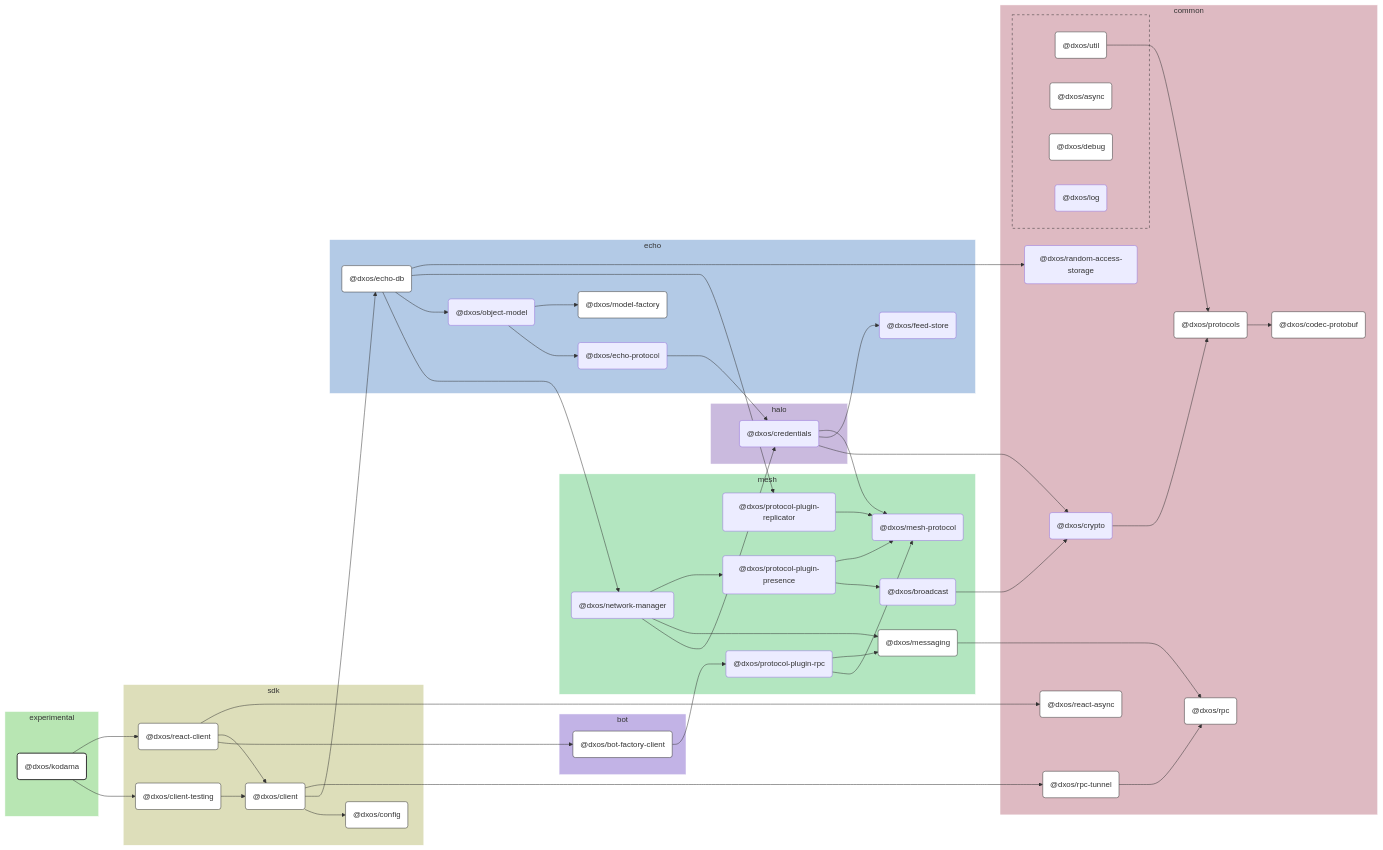
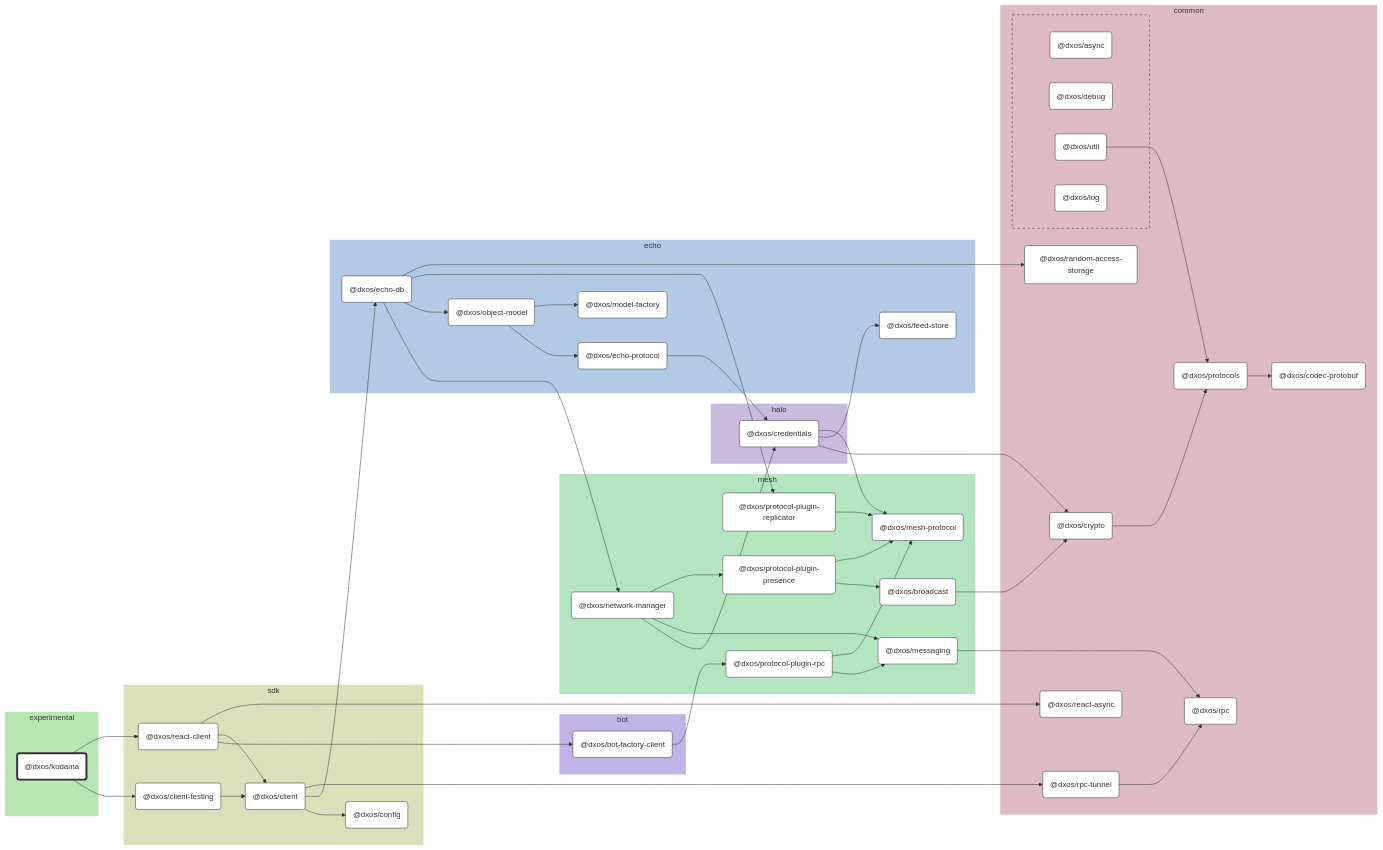
One commit to dxos/dxos changed the diagram in apps/experimental/kodama/docs/README.md. Above: the diagram before and after it, drawn with Mermaid. The commit also changed other lines of this file and 104 other files, not shown here.

````diff
--- a/apps/experimental/kodama/docs/README.md
+++ b/apps/experimental/kodama/docs/README.md
@@ -9,153 +9,138 @@
 
 flowchart LR
 
-%% Links
-dxos/bot-factory-client --> dxos/protocol-plugin-rpc;
-dxos/broadcast --> dxos/crypto;
-dxos/client --> dxos/config;
-dxos/client --> dxos/echo-db;
-dxos/client --> dxos/rpc-tunnel;
-dxos/client-testing --> dxos/client;
-dxos/credentials --> dxos/crypto;
-dxos/credentials --> dxos/feed-store;
-dxos/credentials --> dxos/mesh-protocol;
-dxos/crypto --> dxos/protocols;
-dxos/echo-db --> dxos/network-manager;
-dxos/echo-db --> dxos/object-model;
-dxos/echo-db --> dxos/protocol-plugin-replicator;
-dxos/echo-db --> dxos/random-access-storage;
-dxos/echo-protocol --> dxos/credentials;
-dxos/kodama --> dxos/client-testing;
-dxos/kodama --> dxos/react-client;
-dxos/messaging --> dxos/rpc;
-dxos/network-manager --> dxos/credentials;
-dxos/network-manager --> dxos/messaging;
-dxos/network-manager --> dxos/protocol-plugin-presence;
-dxos/object-model --> dxos/echo-protocol;
-dxos/object-model --> dxos/model-factory;
-dxos/protocol-plugin-presence --> dxos/broadcast;
-dxos/protocol-plugin-presence --> dxos/mesh-protocol;
-dxos/protocol-plugin-replicator --> dxos/mesh-protocol;
-dxos/protocol-plugin-rpc --> dxos/mesh-protocol;
-dxos/protocol-plugin-rpc --> dxos/messaging;
-dxos/protocols --> dxos/codec-protobuf;
-dxos/react-client --> dxos/bot-factory-client;
-dxos/react-client --> dxos/client;
-dxos/react-client --> dxos/react-async;
-dxos/rpc-tunnel --> dxos/rpc;
-dxos/util --> dxos/protocols;
+%% Classes
+classDef def fill:#fff,stroke:#333,stroke-width:1px
+classDef root fill:#fff,stroke:#333,stroke-width:4px
 
-%% Sections
-subgraph experimental
-  style experimental fill:#b8e6b3,stroke:#fff;
+%% Nodes
 
-  dxos/kodama("@dxos/kodama")
+subgraph experimental [experimental]
+  style experimental fill:#b8e6b3,stroke:#fff
+  dxos/kodama("@dxos/kodama"):::root
+  click dxos/kodama "dxos/dxos/tree/main/apps/experimental/kodama/docs"
 end
 
-subgraph common
-  style common fill:#debac2,stroke:#fff;
-
-  dxos/codec-protobuf("@dxos/codec-protobuf")
-  dxos/crypto("@dxos/crypto")
-  dxos/protocols("@dxos/protocols")
-  dxos/random-access-storage("@dxos/random-access-storage")
-  dxos/react-async("@dxos/react-async")
-  dxos/rpc("@dxos/rpc")
-  dxos/rpc-tunnel("@dxos/rpc-tunnel")
+subgraph common [common]
+  style common fill:#debac2,stroke:#fff
+  dxos/codec-protobuf("@dxos/codec-protobuf"):::def
+  click dxos/codec-protobuf "dxos/dxos/tree/main/packages/common/codec-protobuf/docs"
+  dxos/protocols("@dxos/protocols"):::def
+  click dxos/protocols "dxos/dxos/tree/main/packages/common/protocols/docs"
+  dxos/crypto("@dxos/crypto"):::def
+  click dxos/crypto "dxos/dxos/tree/main/packages/common/crypto/docs"
+  dxos/rpc("@dxos/rpc"):::def
+  click dxos/rpc "dxos/dxos/tree/main/packages/common/rpc/docs"
+  dxos/random-access-storage("@dxos/random-access-storage"):::def
+  click dxos/random-access-storage "dxos/dxos/tree/main/packages/common/random-access-storage/docs"
+  dxos/rpc-tunnel("@dxos/rpc-tunnel"):::def
+  click dxos/rpc-tunnel "dxos/dxos/tree/main/packages/common/rpc-tunnel/docs"
+  dxos/react-async("@dxos/react-async"):::def
+  click dxos/react-async "dxos/dxos/tree/main/packages/common/react-async/docs"
 
   subgraph common-excluded [ ]
-    style common-excluded fill:#debac2,stroke:#333,stroke-dasharray:5 5;
-
-    dxos/async("@dxos/async")
-    dxos/debug("@dxos/debug")
-    dxos/log("@dxos/log")
-    dxos/util("@dxos/util")
+    style common-excluded fill:#debac2,stroke:#333,stroke-dasharray:5 5
+    dxos/async("@dxos/async"):::def
+    click dxos/async "dxos/dxos/tree/main/packages/common/async/docs"
+    dxos/debug("@dxos/debug"):::def
+    click dxos/debug "dxos/dxos/tree/main/packages/common/debug/docs"
+    dxos/util("@dxos/util"):::def
+    click dxos/util "dxos/dxos/tree/main/packages/common/util/docs"
+    dxos/log("@dxos/log"):::def
+    click dxos/log "dxos/dxos/tree/main/packages/common/log/docs"
   end
 end
 
-subgraph sdk
-  style sdk fill:#dddeba,stroke:#fff;
-
-  dxos/client("@dxos/client")
-  dxos/client-testing("@dxos/client-testing")
-  dxos/config("@dxos/config")
-  dxos/react-client("@dxos/react-client")
+subgraph sdk [sdk]
+  style sdk fill:#dddeba,stroke:#fff
+  dxos/client("@dxos/client"):::def
+  click dxos/client "dxos/dxos/tree/main/packages/sdk/client/docs"
+  dxos/config("@dxos/config"):::def
+  click dxos/config "dxos/dxos/tree/main/packages/sdk/config/docs"
+  dxos/client-testing("@dxos/client-testing"):::def
+  click dxos/client-testing "dxos/dxos/tree/main/packages/sdk/client-testing/docs"
+  dxos/react-client("@dxos/react-client"):::def
+  click dxos/react-client "dxos/dxos/tree/main/packages/sdk/react-client/docs"
 end
 
-subgraph echo
-  style echo fill:#b3cae6,stroke:#fff;
-
-  dxos/echo-db("@dxos/echo-db")
-  dxos/echo-protocol("@dxos/echo-protocol")
-  dxos/feed-store("@dxos/feed-store")
-  dxos/model-factory("@dxos/model-factory")
-  dxos/object-model("@dxos/object-model")
+subgraph echo [echo]
+  style echo fill:#b3cae6,stroke:#fff
+  dxos/echo-db("@dxos/echo-db"):::def
+  click dxos/echo-db "dxos/dxos/tree/main/packages/echo/echo-db/docs"
+  dxos/feed-store("@dxos/feed-store"):::def
+  click dxos/feed-store "dxos/dxos/tree/main/packages/echo/feed-store/docs"
+  dxos/echo-protocol("@dxos/echo-protocol"):::def
+  click dxos/echo-protocol "dxos/dxos/tree/main/packages/echo/echo-protocol/docs"
+  dxos/model-factory("@dxos/model-factory"):::def
+  click dxos/model-factory "dxos/dxos/tree/main/packages/echo/model-factory/docs"
+  dxos/object-model("@dxos/object-model"):::def
+  click dxos/object-model "dxos/dxos/tree/main/packages/echo/object-model/docs"
 end
 
-subgraph halo
-  style halo fill:#cabade,stroke:#fff;
-
-  dxos/credentials("@dxos/credentials")
+subgraph halo [halo]
+  style halo fill:#cabade,stroke:#fff
+  dxos/credentials("@dxos/credentials"):::def
+  click dxos/credentials "dxos/dxos/tree/main/packages/halo/credentials/docs"
 end
 
-subgraph mesh
-  style mesh fill:#b3e6c0,stroke:#fff;
-
-  dxos/broadcast("@dxos/broadcast")
-  dxos/mesh-protocol("@dxos/mesh-protocol")
-  dxos/messaging("@dxos/messaging")
-  dxos/network-manager("@dxos/network-manager")
-  dxos/protocol-plugin-presence("@dxos/protocol-plugin-presence")
-  dxos/protocol-plugin-replicator("@dxos/protocol-plugin-replicator")
-  dxos/protocol-plugin-rpc("@dxos/protocol-plugin-rpc")
+subgraph mesh [mesh]
+  style mesh fill:#b3e6c0,stroke:#fff
+  dxos/mesh-protocol("@dxos/mesh-protocol"):::def
+  click dxos/mesh-protocol "dxos/dxos/tree/main/packages/mesh/mesh-protocol/docs"
+  dxos/messaging("@dxos/messaging"):::def
+  click dxos/messaging "dxos/dxos/tree/main/packages/mesh/messaging/docs"
+  dxos/network-manager("@dxos/network-manager"):::def
+  click dxos/network-manager "dxos/dxos/tree/main/packages/mesh/network-manager/docs"
+  dxos/protocol-plugin-presence("@dxos/protocol-plugin-presence"):::def
+  click dxos/protocol-plugin-presence "dxos/dxos/tree/main/packages/mesh/protocol-plugin-presence/docs"
+  dxos/broadcast("@dxos/broadcast"):::def
+  click dxos/broadcast "dxos/dxos/tree/main/packages/mesh/broadcast/docs"
+  dxos/protocol-plugin-replicator("@dxos/protocol-plugin-replicator"):::def
+  click dxos/protocol-plugin-replicator "dxos/dxos/tree/main/packages/mesh/protocol-plugin-replicator/docs"
+  dxos/protocol-plugin-rpc("@dxos/protocol-plugin-rpc"):::def
+  click dxos/protocol-plugin-rpc "dxos/dxos/tree/main/packages/mesh/protocol-plugin-rpc/docs"
 end
 
-subgraph bot
-  style bot fill:#c2b3e6,stroke:#fff;
-
-  dxos/bot-factory-client("@dxos/bot-factory-client")
+subgraph bot [bot]
+  style bot fill:#c2b3e6,stroke:#fff
+  dxos/bot-factory-client("@dxos/bot-factory-client"):::def
+  click dxos/bot-factory-client "dxos/dxos/tree/main/packages/bot/bot-factory-client/docs"
 end
 
-
-%% Hyperlinks
-click dxos/async "dxos/dxos/tree/main/packages/common/async/docs";
-click dxos/bot-factory-client "dxos/dxos/tree/main/packages/bot/bot-factory-client/docs";
-click dxos/client "dxos/dxos/tree/main/packages/sdk/client/docs";
-click dxos/client-testing "dxos/dxos/tree/main/packages/sdk/client-testing/docs";
-click dxos/codec-protobuf "dxos/dxos/tree/main/packages/common/codec-protobuf/docs";
-click dxos/config "dxos/dxos/tree/main/packages/sdk/config/docs";
-click dxos/debug "dxos/dxos/tree/main/packages/common/debug/docs";
-click dxos/echo-db "dxos/dxos/tree/main/packages/echo/echo-db/docs";
-click dxos/messaging "dxos/dxos/tree/main/packages/mesh/messaging/docs";
-click dxos/model-factory "dxos/dxos/tree/main/packages/echo/model-factory/docs";
-click dxos/protocols "dxos/dxos/tree/main/packages/common/protocols/docs";
-click dxos/react-async "dxos/dxos/tree/main/packages/common/react-async/docs";
-click dxos/react-client "dxos/dxos/tree/main/packages/sdk/react-client/docs";
-click dxos/rpc "dxos/dxos/tree/main/packages/common/rpc/docs";
-click dxos/rpc-tunnel "dxos/dxos/tree/main/packages/common/rpc-tunnel/docs";
-click dxos/util "dxos/dxos/tree/main/packages/common/util/docs";
-
-%% Styles
-classDef rootNode fill:#fff,stroke:#333,stroke-width:2px
-classDef defaultNode fill:#fff,stroke:#333,stroke-width:1px
+%% Links
 linkStyle default stroke:#333,stroke-width:1px
-
-dxos/kodama:::rootNode
-
-dxos/async:::defaultNode
-dxos/bot-factory-client:::defaultNode
-dxos/client:::defaultNode
-dxos/client-testing:::defaultNode
-dxos/codec-protobuf:::defaultNode
-dxos/config:::defaultNode
-dxos/debug:::defaultNode
-dxos/echo-db:::defaultNode
-dxos/messaging:::defaultNode
-dxos/model-factory:::defaultNode
-dxos/protocols:::defaultNode
-dxos/react-async:::defaultNode
-dxos/react-client:::defaultNode
-dxos/rpc:::defaultNode
-dxos/rpc-tunnel:::defaultNode
-dxos/util:::defaultNode
+dxos/client --> dxos/config
+dxos/protocols --> dxos/codec-protobuf
+dxos/util --> dxos/protocols
+dxos/client --> dxos/echo-db
+dxos/credentials --> dxos/crypto
+dxos/crypto --> dxos/protocols
+dxos/credentials --> dxos/feed-store
+dxos/credentials --> dxos/mesh-protocol
+dxos/echo-protocol --> dxos/credentials
+dxos/messaging --> dxos/rpc
+dxos/echo-db --> dxos/network-manager
+dxos/network-manager --> dxos/credentials
+dxos/network-manager --> dxos/messaging
+dxos/network-manager --> dxos/protocol-plugin-presence
+dxos/protocol-plugin-presence --> dxos/broadcast
+dxos/broadcast --> dxos/crypto
+dxos/protocol-plugin-presence --> dxos/mesh-protocol
+dxos/echo-db --> dxos/object-model
+dxos/object-model --> dxos/echo-protocol
+dxos/object-model --> dxos/model-factory
+dxos/echo-db --> dxos/protocol-plugin-replicator
+dxos/protocol-plugin-replicator --> dxos/mesh-protocol
+dxos/echo-db --> dxos/random-access-storage
+dxos/client --> dxos/rpc-tunnel
+dxos/rpc-tunnel --> dxos/rpc
+dxos/kodama --> dxos/client-testing
+dxos/client-testing --> dxos/client
+dxos/kodama --> dxos/react-client
+dxos/react-client --> dxos/bot-factory-client
+dxos/bot-factory-client --> dxos/protocol-plugin-rpc
+dxos/protocol-plugin-rpc --> dxos/messaging
+dxos/protocol-plugin-rpc --> dxos/mesh-protocol
+dxos/react-client --> dxos/client
+dxos/react-client --> dxos/react-async
 ```
````
